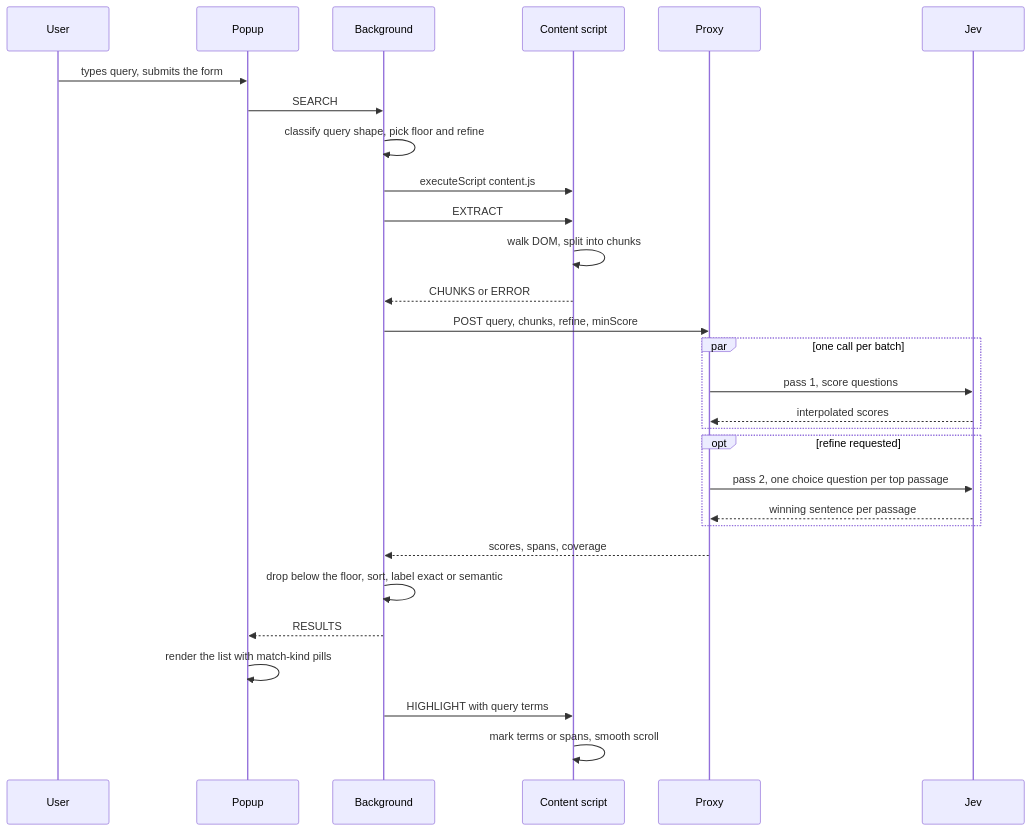
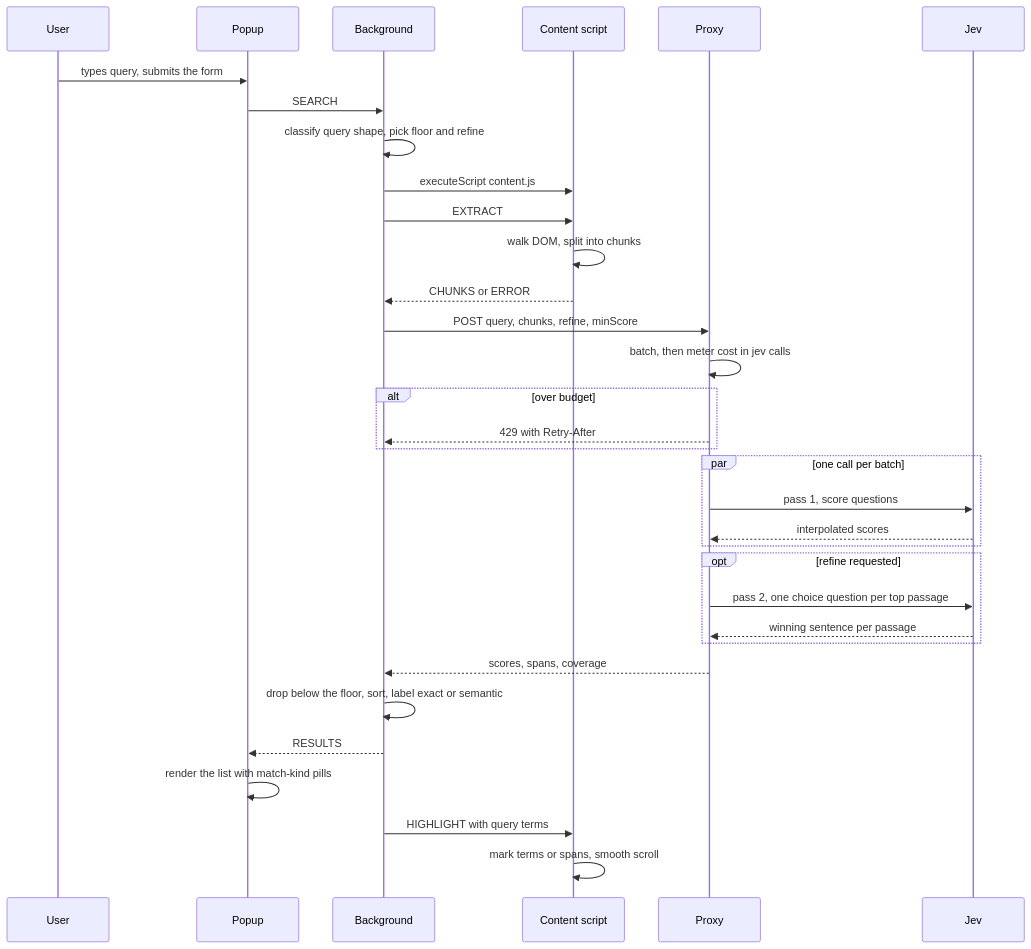
One commit to smit153/PageLens changed the second of 6 diagrams in docs/ARCHITECTURE.md. Above: the diagram before and after it, drawn with Mermaid. The commit also changed other lines of this file and 3 other files, not shown here.

````diff
--- a/docs/ARCHITECTURE.md
+++ b/docs/ARCHITECTURE.md
@@ -43,32 +47,36 @@
 ```mermaid
 sequenceDiagram
     participant U as User
     participant P as Popup
     participant B as Background
     participant C as Content script
     participant X as Proxy
     participant J as Jev
 
     U->>P: types query, submits the form
     P->>B: SEARCH
     B->>B: classify query shape, pick floor and refine
     B->>C: executeScript content.js
     B->>C: EXTRACT
     C->>C: walk DOM, split into chunks
     C-->>B: CHUNKS or ERROR
     B->>X: POST query, chunks, refine, minScore
+    X->>X: batch, then meter cost in jev calls
+    alt over budget
+        X-->>B: 429 with Retry-After
+    end
     par one call per batch
         X->>J: pass 1, score questions
         J-->>X: interpolated scores
     end
     opt refine requested
         X->>J: pass 2, one choice question per top passage
         J-->>X: winning sentence per passage
     end
     X-->>B: scores, spans, coverage
     B->>B: drop below the floor, sort, label exact or semantic
     B-->>P: RESULTS
     P->>P: render the list with match-kind pills
     B->>C: HIGHLIGHT with query terms
     C->>C: mark terms or spans, smooth scroll
 ```
````
